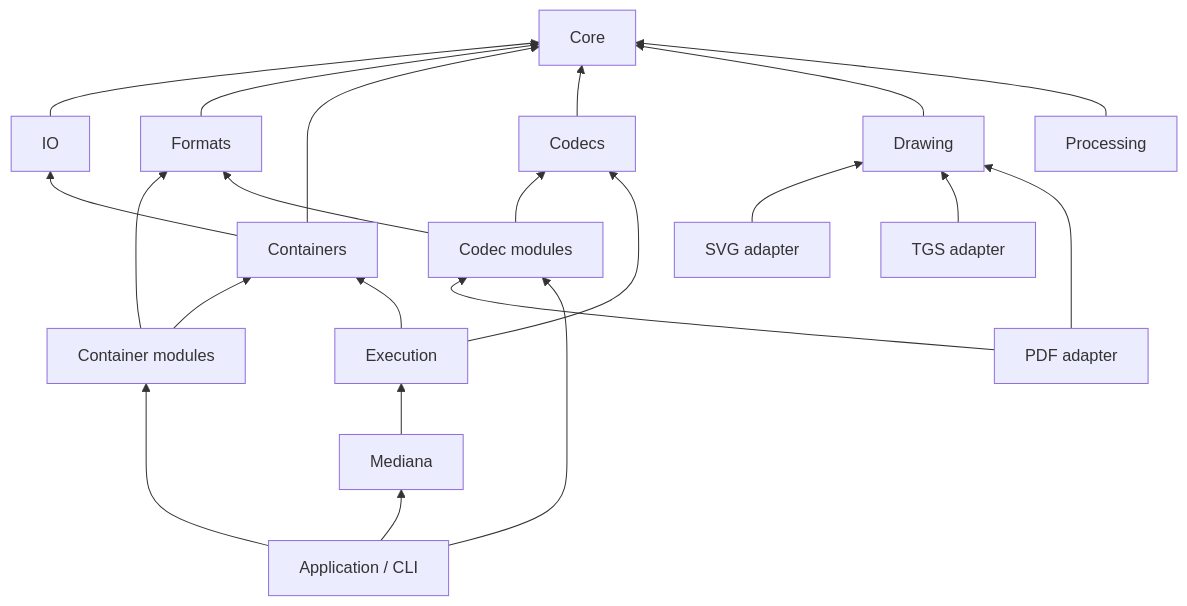
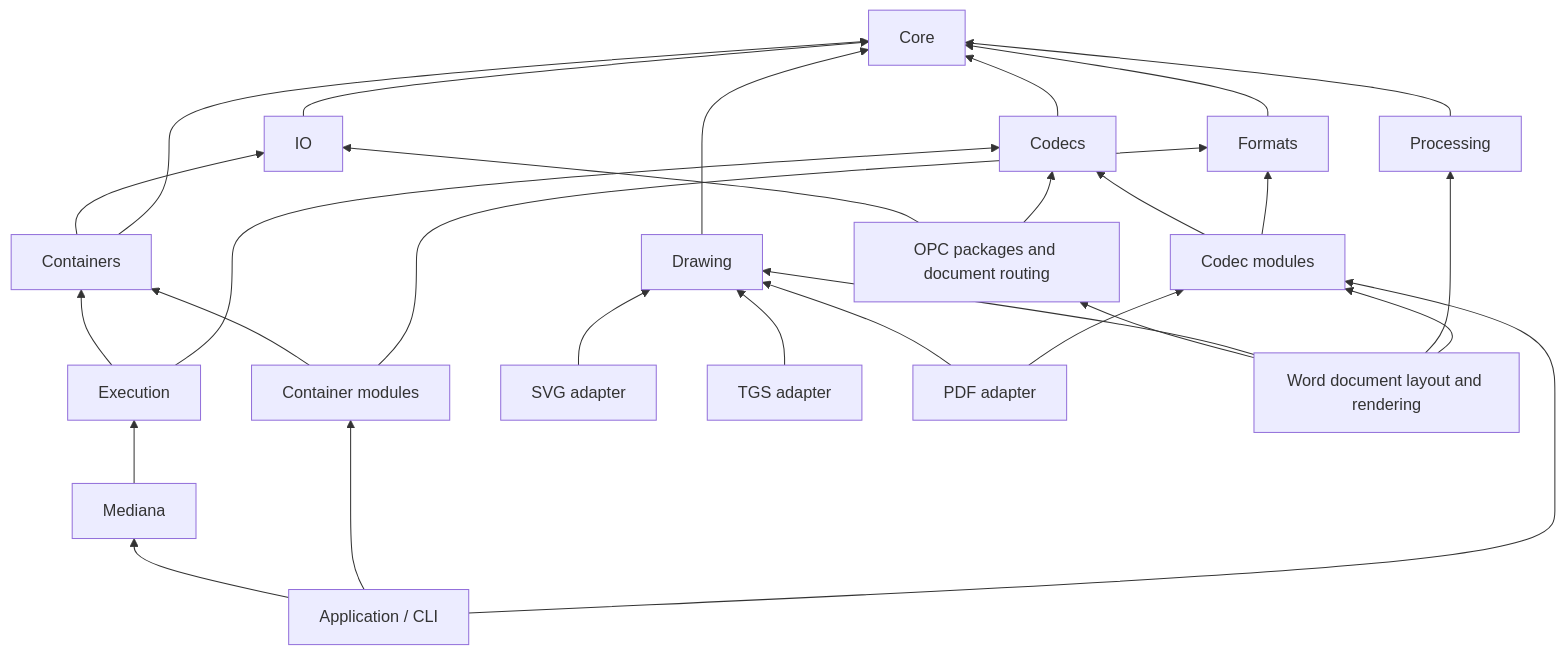
Before and after one commit to bvdcode/Mediana: the diagram in docs/architecture.md, drawn with Mermaid. The commit also changed 5 other files, not shown here.

Commit message:
Document Word rendering APIs and validated format coverage

````diff
--- a/docs/architecture.md
+++ b/docs/architecture.md
@@ -7,24 +7,30 @@
 ```mermaid
 flowchart BT
     IO --> Core
     Formats --> Core
     Containers --> IO
     Containers --> Core
     Codecs --> Core
     Drawing --> Core
     Processing --> Core
     ContainerModules[Container modules] --> Containers
     ContainerModules --> Formats
     CodecModules[Codec modules] --> Codecs
     CodecModules --> Formats
     Execution --> Containers
     Execution --> Codecs
     Mediana --> Execution
     Svg[SVG adapter] --> Drawing
     Tgs[TGS adapter] --> Drawing
     Pdf[PDF adapter] --> Drawing
     Pdf --> CodecModules
+    OpenXml[OPC packages and document routing] --> IO
+    OpenXml --> Codecs
+    Word[Word document layout and rendering] --> OpenXml
+    Word --> Drawing
+    Word --> Processing
+    Word --> CodecModules
     Application[Application / CLI] --> Mediana
     Application --> ContainerModules
     Application --> CodecModules
 ```
````
